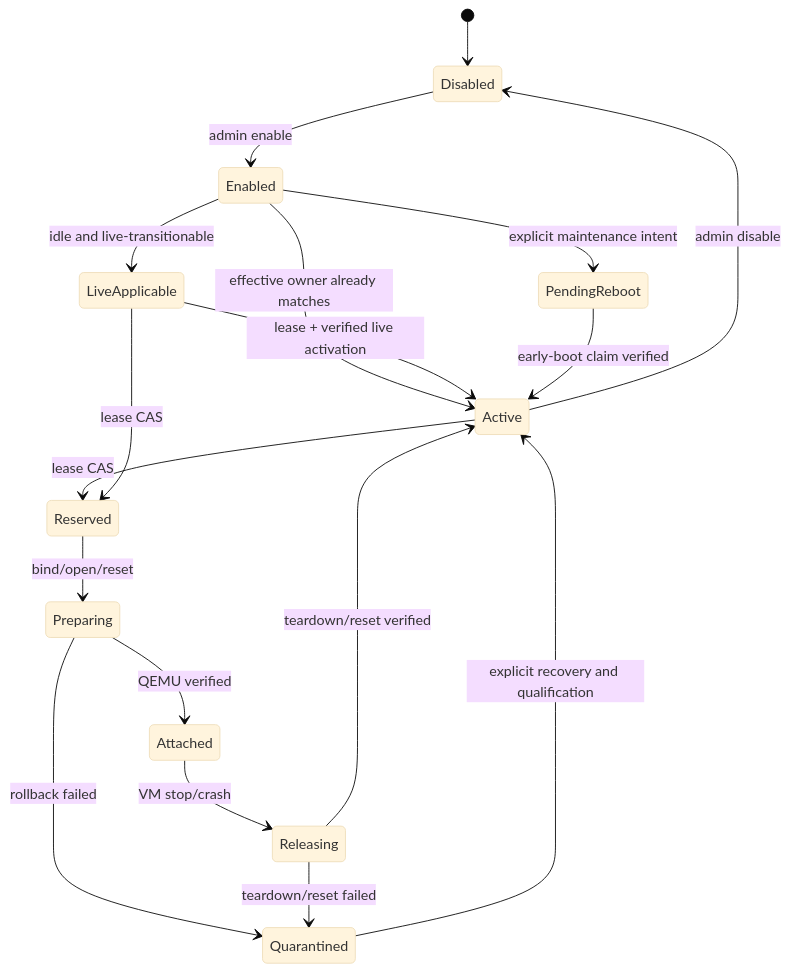
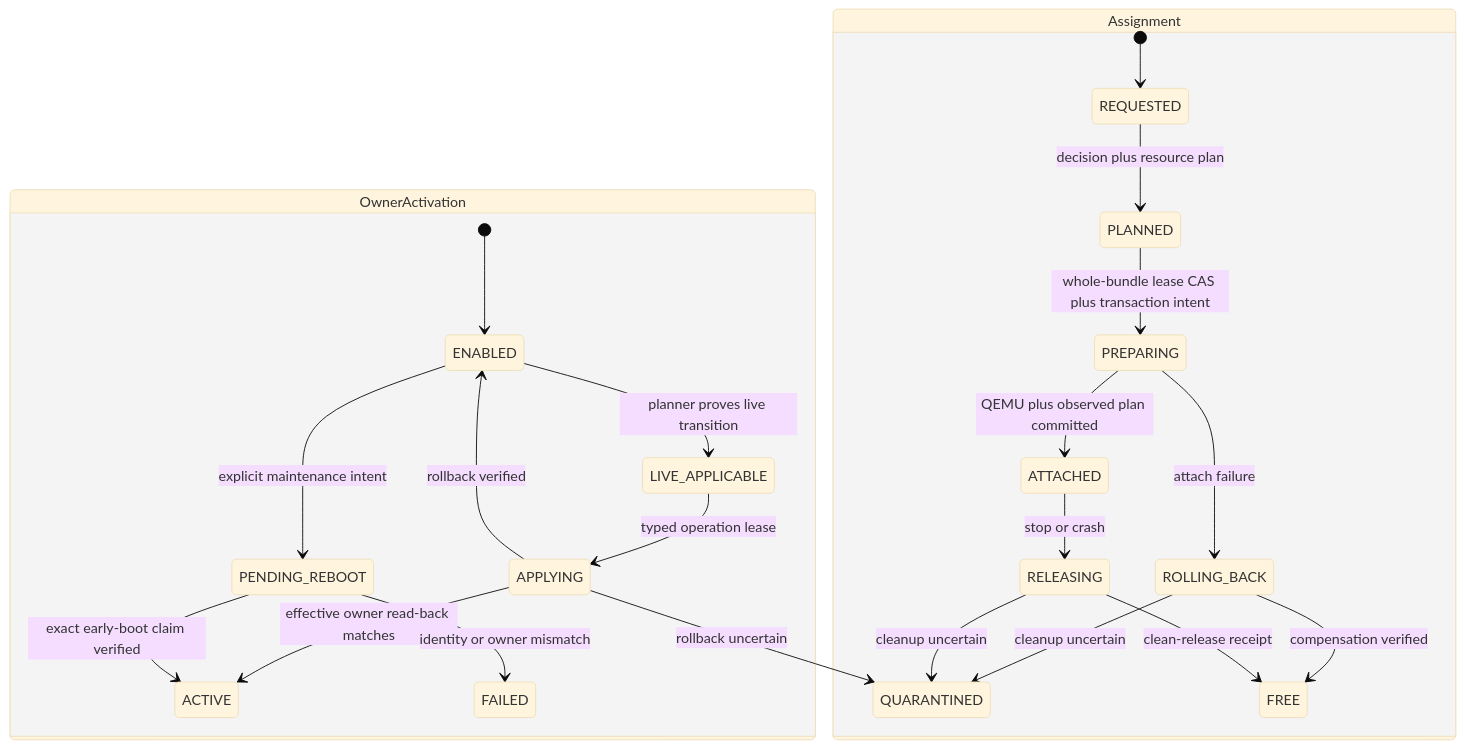
Diagram 14 of 21 in qemu-static-dynamic-directpath-design.md (JoJoJoinme/pci-mmio-notes), drawn with Mermaid (base theme) before and after one commit. The commit also changed other lines of this file and 69 other files, not shown here.

````diff
--- a/qemu-static-dynamic-directpath-design.md
+++ b/qemu-static-dynamic-directpath-design.md
@@ -1953,20 +2085,26 @@
 ```mermaid
 stateDiagram-v2
-    [*] --> Disabled
-    Disabled --> Enabled: admin enable
-    Enabled --> Active: effective owner already matches
-    Enabled --> LiveApplicable: idle and live-transitionable
-    Enabled --> PendingReboot: explicit maintenance intent
-    LiveApplicable --> Active: lease + verified live activation
-    PendingReboot --> Active: early-boot claim verified
-    Active --> Reserved: lease CAS
-    LiveApplicable --> Reserved: lease CAS
-    Reserved --> Preparing: bind/open/reset
-    Preparing --> Attached: QEMU verified
-    Attached --> Releasing: VM stop/crash
-    Releasing --> Active: teardown/reset verified
-    Preparing --> Quarantined: rollback failed
-    Releasing --> Quarantined: teardown/reset failed
-    Quarantined --> Active: explicit recovery and qualification
-    Active --> Disabled: admin disable
+    state OwnerActivation {
+        [*] --> ENABLED
+        ENABLED --> LIVE_APPLICABLE: planner proves live transition
+        ENABLED --> PENDING_REBOOT: explicit maintenance intent
+        LIVE_APPLICABLE --> APPLYING: typed operation lease
+        APPLYING --> ACTIVE: effective owner read-back matches
+        APPLYING --> ENABLED: rollback verified
+        APPLYING --> QUARANTINED: rollback uncertain
+        PENDING_REBOOT --> ACTIVE: exact early-boot claim verified
+        PENDING_REBOOT --> FAILED: identity or owner mismatch
+    }
+    state Assignment {
+        [*] --> REQUESTED
+        REQUESTED --> PLANNED: decision plus resource plan
+        PLANNED --> PREPARING: whole-bundle lease CAS plus transaction intent
+        PREPARING --> ATTACHED: QEMU plus observed plan committed
+        PREPARING --> ROLLING_BACK: attach failure
+        ROLLING_BACK --> FREE: compensation verified
+        ROLLING_BACK --> QUARANTINED: cleanup uncertain
+        ATTACHED --> RELEASING: stop or crash
+        RELEASING --> FREE: clean-release receipt
+        RELEASING --> QUARANTINED: cleanup uncertain
+    }
 ```
````
